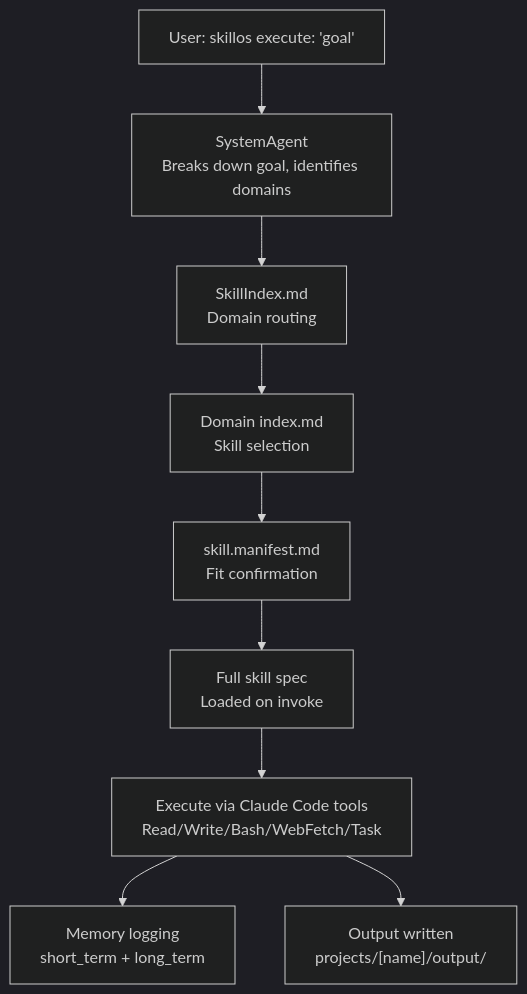
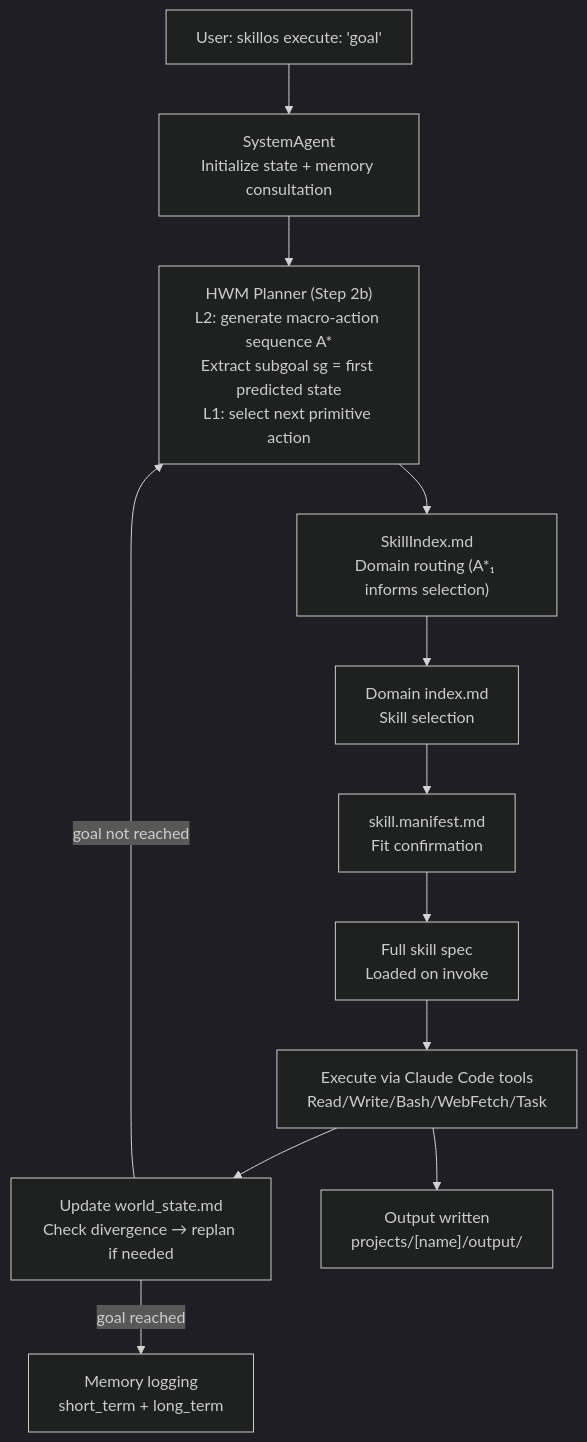
Before and after one commit to EvolvingAgentsLabs/skillos: the diagram in docs/architecture.md, drawn with Mermaid (dark theme). The commit also changed other lines of this file and 3 other files, not shown here.

````diff
--- a/docs/architecture.md
+++ b/docs/architecture.md
@@ -200,21 +210,26 @@
 ```mermaid
 flowchart TD
     U["User: skillos execute: 'goal'"]
-    SA["SystemAgent\nBreaks down goal, identifies domains"]
-    SI["SkillIndex.md\nDomain routing"]
+    SA["SystemAgent\nInitialize state + memory consultation"]
+    HWM["HWM Planner (Step 2b)\nL2: generate macro-action sequence A*\nExtract subgoal sg = first predicted state\nL1: select next primitive action"]
+    SI["SkillIndex.md\nDomain routing (A*₁ informs selection)"]
     DI["Domain index.md\nSkill selection"]
     SM["skill.manifest.md\nFit confirmation"]
     FS["Full skill spec\nLoaded on invoke"]
     EX["Execute via Claude Code tools\nRead/Write/Bash/WebFetch/Task"]
+    SG["Update world_state.md\nCheck divergence → replan if needed"]
     MEM["Memory logging\nshort_term + long_term"]
     OUT["Output written\nprojects/[name]/output/"]
 
     U --> SA
-    SA --> SI
+    SA --> HWM
+    HWM --> SI
     SI --> DI
     DI --> SM
     SM --> FS
     FS --> EX
-    EX --> MEM
+    EX --> SG
+    SG -->|"goal not reached"| HWM
+    SG -->|"goal reached"| MEM
     EX --> OUT
 ```
````
